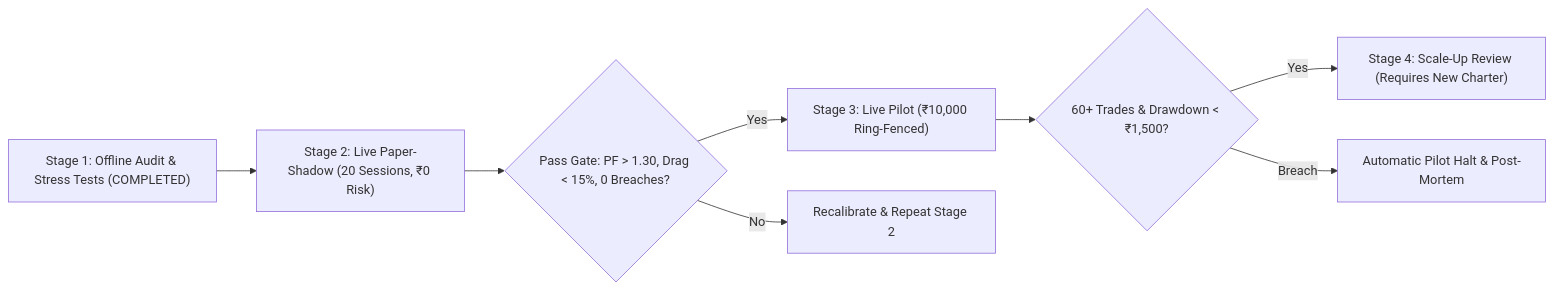
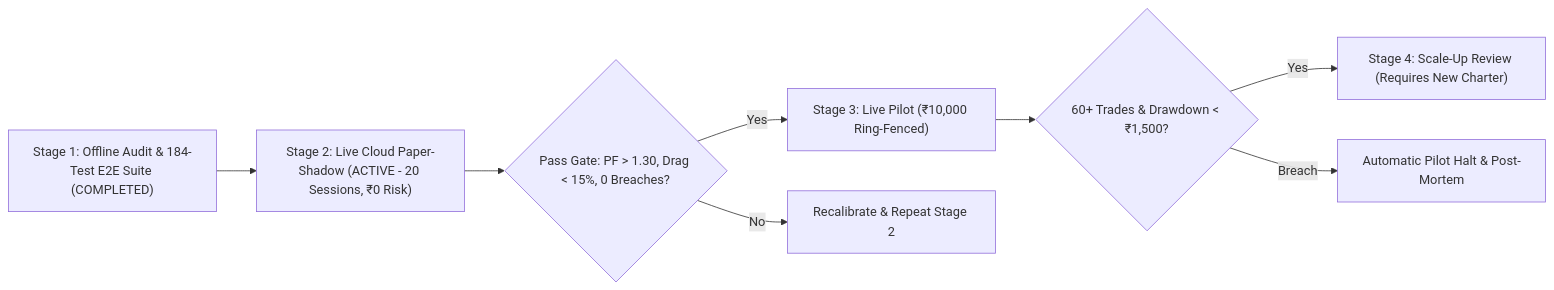
Before and after one commit to CA-BijiteshKanrar/DeltaUno: the diagram in docs/financial_governance_approval.md, drawn with Mermaid. The commit also changed other lines of this file and 3 other files, not shown here.

Commit message:
docs: update README, walkthrough, and governance charter for Dual-Mode & Live Cloud Paper Trading

````diff
--- a/docs/financial_governance_approval.md
+++ b/docs/financial_governance_approval.md
@@ -146,10 +127,10 @@
 ```mermaid
 flowchart LR
-    S1["Stage 1: Offline Audit & Stress Tests (COMPLETED)"] --> S2["Stage 2: Live Paper-Shadow (20 Sessions, ₹0 Risk)"]
+    S1["Stage 1: Offline Audit & 184-Test E2E Suite (COMPLETED)"] --> S2["Stage 2: Live Cloud Paper-Shadow (ACTIVE - 20 Sessions, ₹0 Risk)"]
     S2 --> G1{"Pass Gate: PF > 1.30, Drag < 15%, 0 Breaches?"}
     G1 -- "Yes" --> S3["Stage 3: Live Pilot (₹10,000 Ring-Fenced)"]
     G1 -- "No" --> R1["Recalibrate & Repeat Stage 2"]
     S3 --> G2{"60+ Trades & Drawdown < ₹1,500?"}
     G2 -- "Yes" --> S4["Stage 4: Scale-Up Review (Requires New Charter)"]
     G2 -- "Breach" --> HALT["Automatic Pilot Halt & Post-Mortem"]
 ```
````
